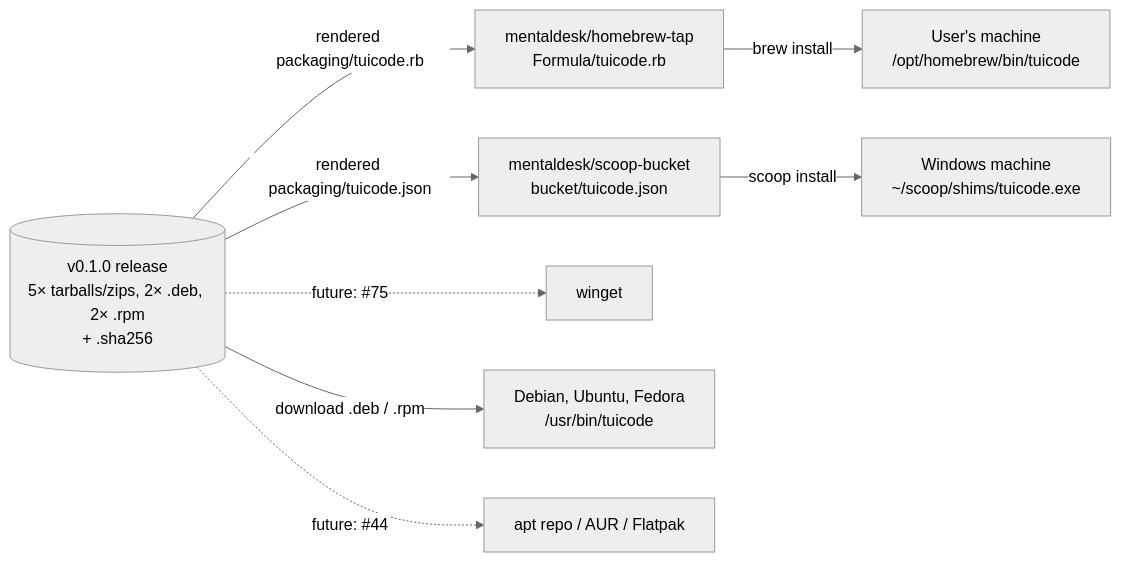
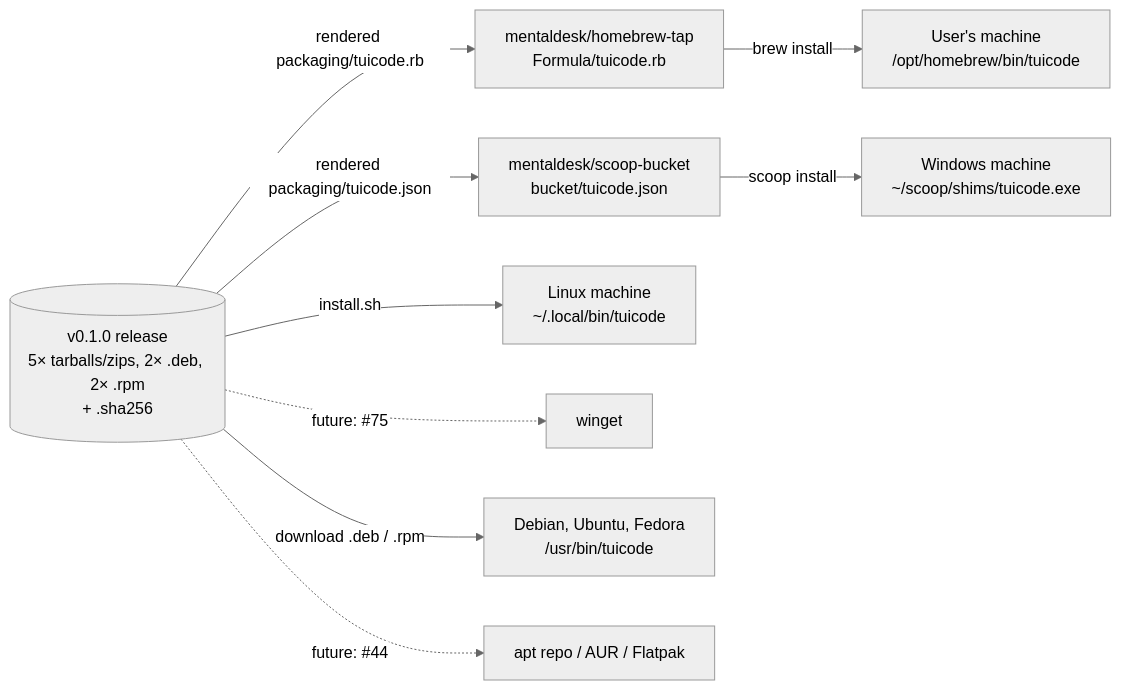
Before and after one commit to mentaldesk/TuiCode: the second of 2 diagrams in CONTRIBUTING.md, drawn with Mermaid (neutral theme). The commit also changed 5 other files, not shown here.

````diff
--- a/CONTRIBUTING.md
+++ b/CONTRIBUTING.md
@@ -84,13 +84,15 @@
 ```mermaid
 flowchart LR
     Release[("v0.1.0 release<br/>5× tarballs/zips, 2× .deb, 2× .rpm<br/>+ .sha256")]
     Release -->|"rendered packaging/tuicode.rb"| Tap["mentaldesk/homebrew-tap<br/>Formula/tuicode.rb"]
     Tap -->|brew install| User["User's machine<br/>/opt/homebrew/bin/tuicode"]
 
     Release -->|"rendered packaging/tuicode.json"| Bucket["mentaldesk/scoop-bucket<br/>bucket/tuicode.json"]
     Bucket -->|scoop install| Win["Windows machine<br/>~/scoop/shims/tuicode.exe"]
 
+    Release -->|install.sh| Script["Linux machine<br/>~/.local/bin/tuicode"]
+
     Release -.->|future: #75| Winget["winget"]
     Release -->|"download .deb / .rpm"| Linux["Debian, Ubuntu, Fedora<br/>/usr/bin/tuicode"]
     Release -.->|future: #44| LinuxRepos["apt repo / AUR / Flatpak"]
 ```
````
